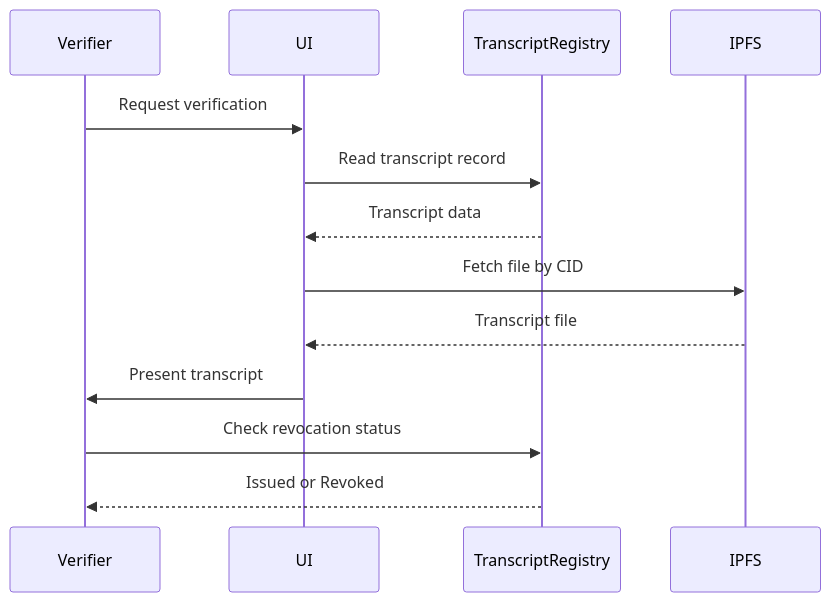
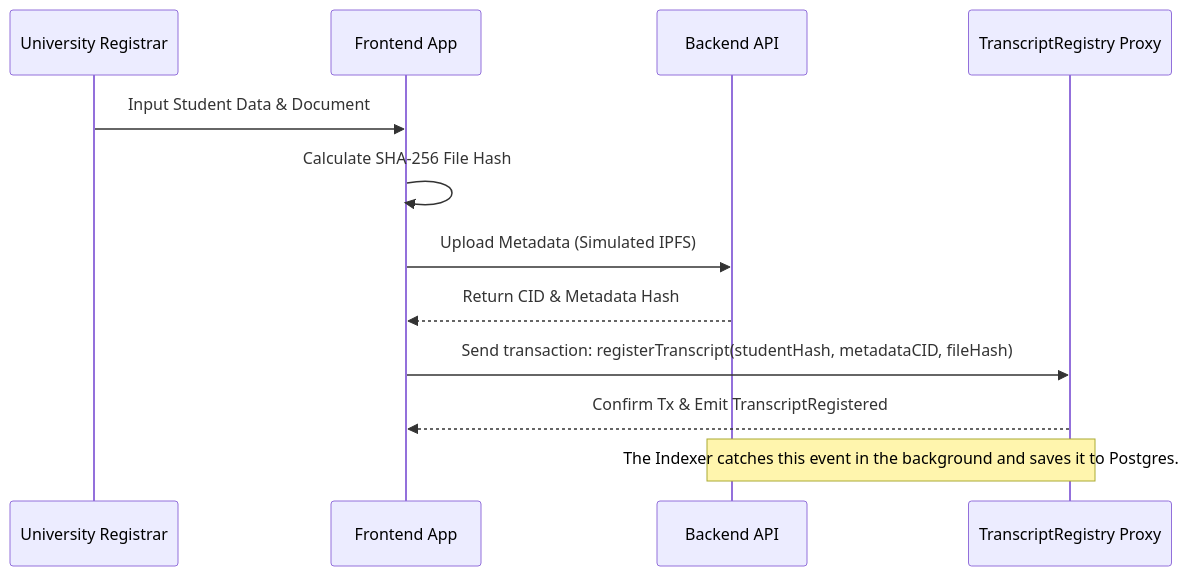
The fourth of 4 diagrams in ARCHITECTURE.md (0xAlgoRhythm/TranscriptRegistry), drawn with Mermaid before and after one commit. The commit also changed other lines of this file and 3 other files, not shown here.

````diff
--- a/ARCHITECTURE.md
+++ b/ARCHITECTURE.md
@@ -69,16 +91,15 @@
 ```mermaid
 sequenceDiagram
-  participant Verifier
-  participant UI
-  participant Chain as TranscriptRegistry
-  participant IPFS
+  participant Registrar as University Registrar
+  participant UI as Frontend App
+  participant API as Backend API
+  participant Chain as TranscriptRegistry Proxy
 
-  Verifier->>UI: Request verification
-  UI->>Chain: Read transcript record
-  Chain-->>UI: Transcript data
-  UI->>IPFS: Fetch file by CID
-  IPFS-->>UI: Transcript file
-  UI->>Verifier: Present transcript
-  Verifier->>Chain: Check revocation status
-  Chain-->>Verifier: Issued or Revoked
+  Registrar->>UI: Input Student Data & Document
+  UI->>UI: Calculate SHA-256 File Hash
+  UI->>API: Upload Metadata (Simulated IPFS)
+  API-->>UI: Return CID & Metadata Hash
+  UI->>Chain: Send transaction: registerTranscript(studentHash, metadataCID, fileHash)
+  Chain-->>UI: Confirm Tx & Emit TranscriptRegistered
+  Note over API,Chain: The Indexer catches this event in the background and saves it to Postgres.
 ```
````
